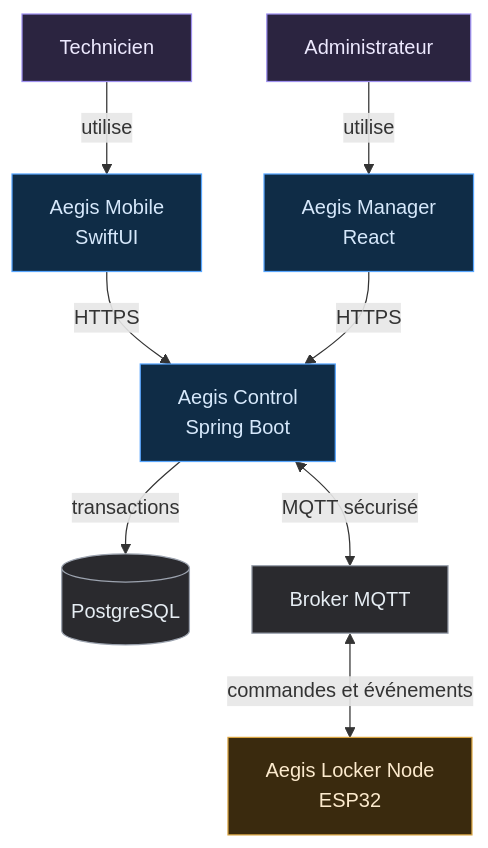
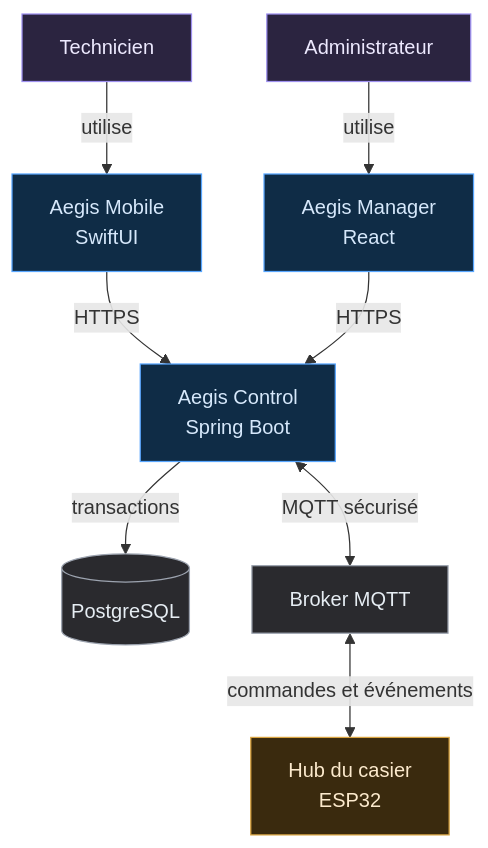
Before and after one commit to PhilJordan18/aegis: the first of 8 diagrams in docs/cahier-conception/15-cahier-de-conception.md, drawn with Mermaid. The commit also changed other lines of this file and 5 other files, not shown here.

First line of the commit message:
docs(cahier): revise design notebook synthesis and physical diagrams

````diff
--- a/docs/cahier-conception/15-cahier-de-conception.md
+++ b/docs/cahier-conception/15-cahier-de-conception.md
@@ -256,24 +315,24 @@
 ```mermaid
 flowchart TD
     TECH["Technicien"]:::persona
     ADMIN["Administrateur"]:::persona
     IOS["Aegis Mobile<br/>SwiftUI"]:::software
     WEB["Aegis Manager<br/>React"]:::software
     API["Aegis Control<br/>Spring Boot"]:::software
     DB[("PostgreSQL")]:::infra
     BROKER["Broker MQTT"]:::infra
-    NODE["Aegis Locker Node<br/>ESP32"]:::hardware
+    NODE["Hub du casier<br/>ESP32"]:::hardware
 
     TECH -->|utilise| IOS
     ADMIN -->|utilise| WEB
     IOS -->|HTTPS| API
     WEB -->|HTTPS| API
     API -->|transactions| DB
     API <-->|MQTT sécurisé| BROKER
     BROKER <-->|commandes et événements| NODE
 
     classDef persona fill:#2B2440,stroke:#9F91F0,color:#EDE9FE
     classDef software fill:#0F2C46,stroke:#58A6FF,color:#D6E8FB
     classDef infra fill:#2A2A2E,stroke:#9CA3AF,color:#E6EDF3
     classDef hardware fill:#3A2A0E,stroke:#D9A441,color:#FCEACD
 ```
````
